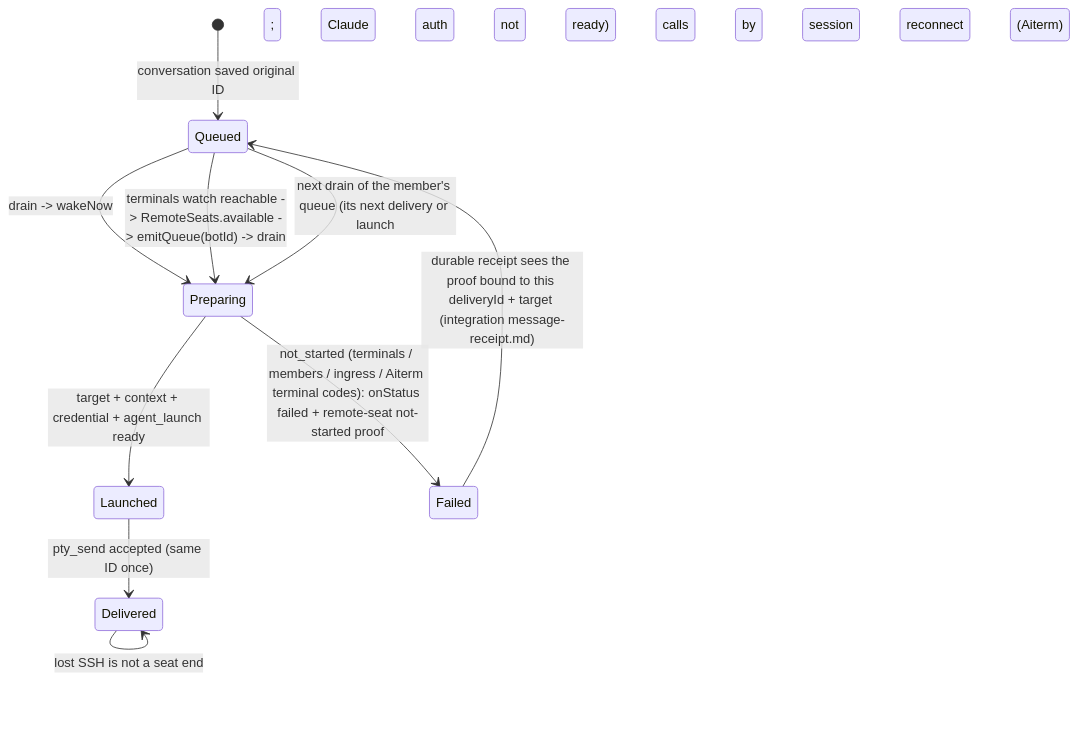
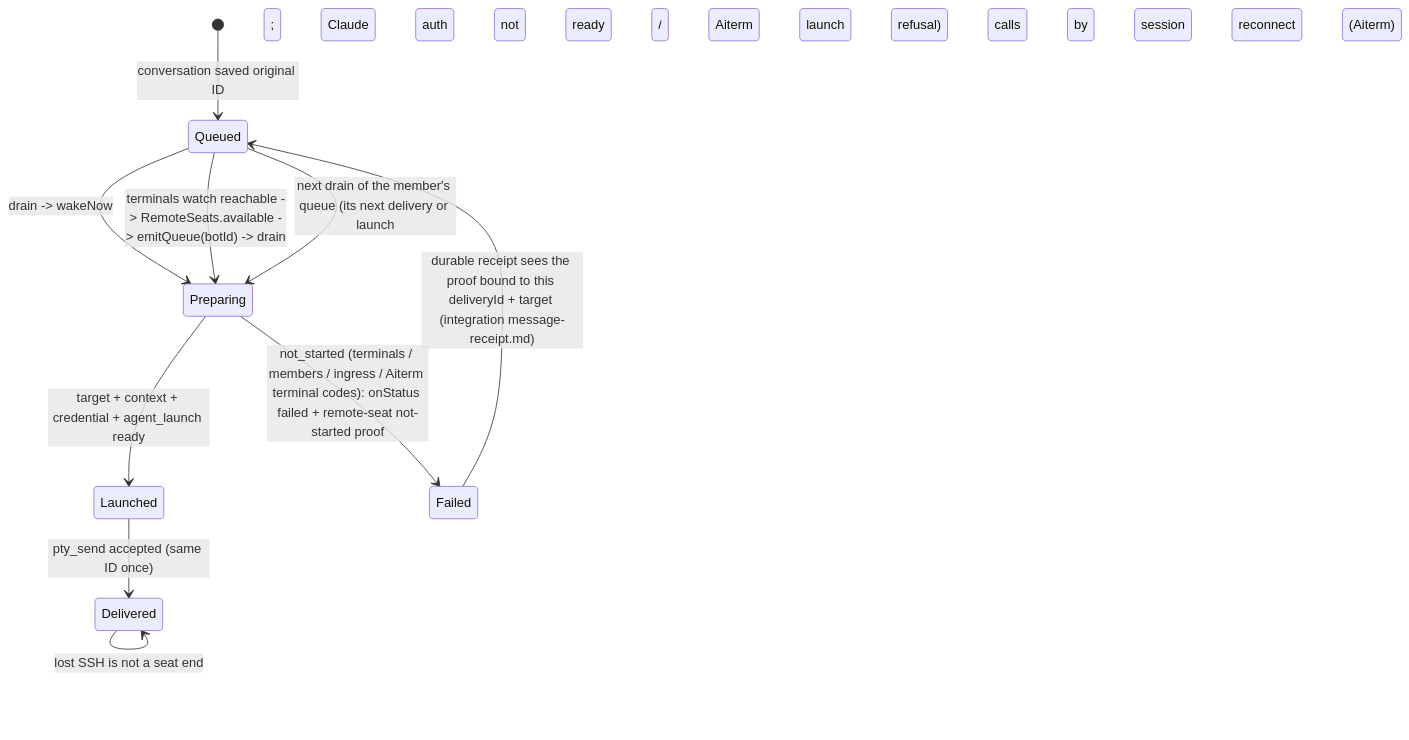
Before and after one commit to kitepon/BellTeam: the second of 2 diagrams in docs/architecture/modules/execution/remote-seat.md, drawn with Mermaid. The commit also changed other lines of this file and 5 other files, not shown here.

First line of the commit message:
Remote seat: read Aiterm's launch refusal from _meta

````diff
--- a/docs/architecture/modules/execution/remote-seat.md
+++ b/docs/architecture/modules/execution/remote-seat.md
@@ -82,12 +82,12 @@
 ```mermaid
 stateDiagram-v2
   [*] --> Queued: conversation saved original ID
   Queued --> Preparing: drain -> wakeNow
   Preparing --> Launched: target + context + credential + agent_launch ready
   Preparing --> Failed: not_started (terminals / members / ingress / Aiterm terminal codes): onStatus failed + remote-seat not-started proof
   Failed --> Queued: durable receipt sees the proof bound to this deliveryId + target (integration message-receipt.md)
   Launched --> Delivered: pty_send accepted (same ID once)
   Queued --> Preparing: terminals watch reachable -> RemoteSeats.available -> emitQueue(botId) -> drain
-  Queued --> Preparing: next drain of the member's queue (its next delivery or launch; Claude auth not ready)
+  Queued --> Preparing: next drain of the member's queue (its next delivery or launch; Claude auth not ready / Aiterm launch refusal)
   Delivered --> Delivered: lost SSH is not a seat end; calls by session reconnect (Aiterm)
 ```
````
